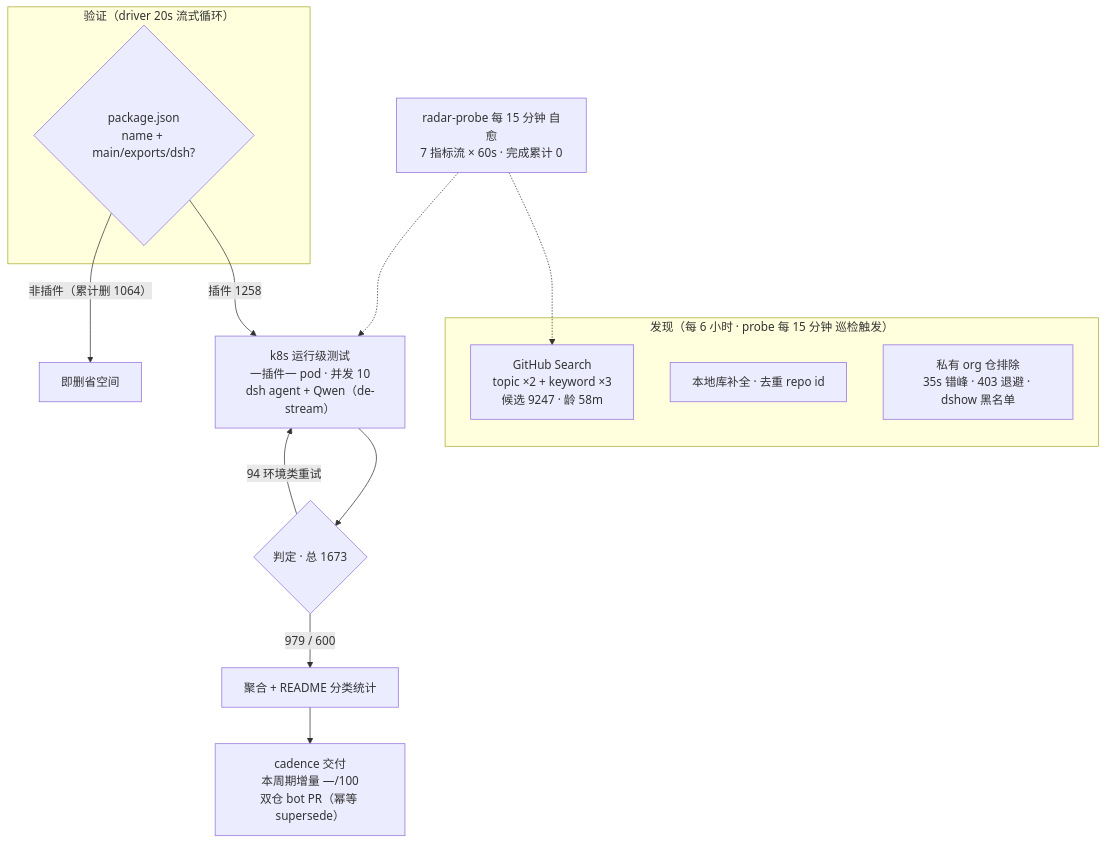
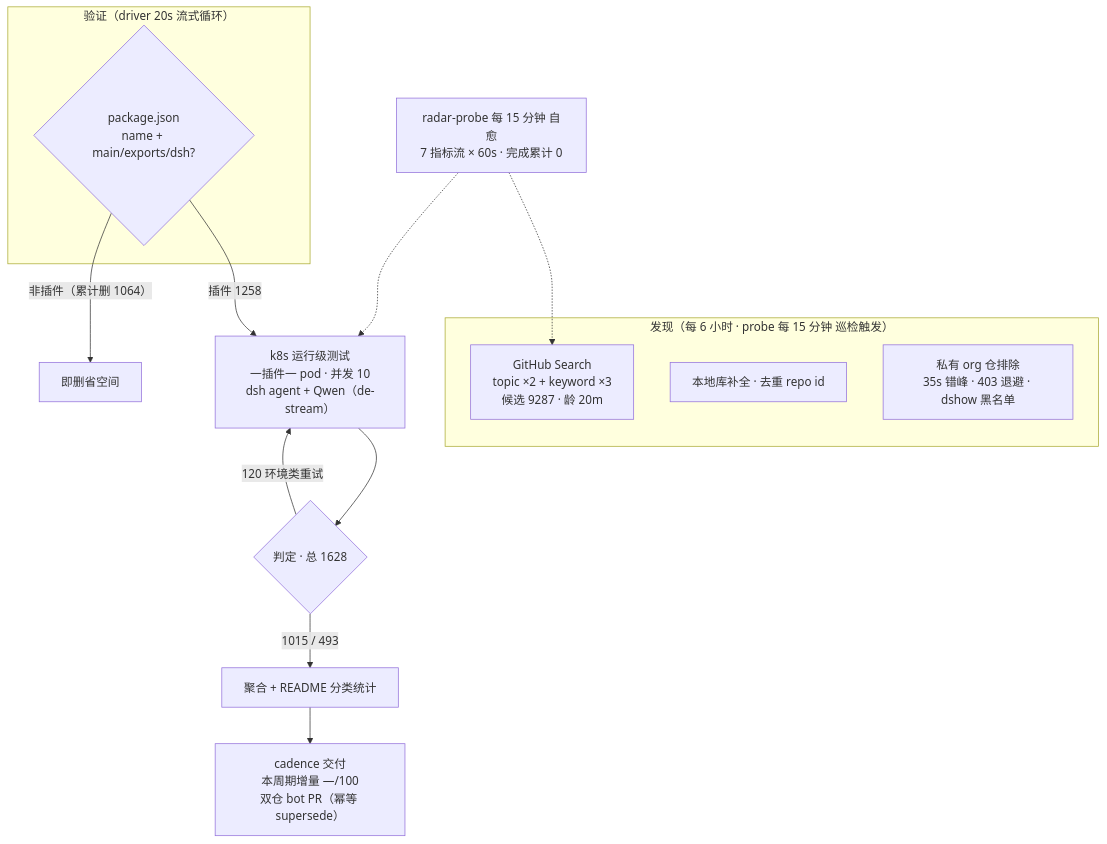
Before and after one commit to Zhidao-Lab-OSS/awesome-dsh-plugins: the diagram in README.md, drawn with Mermaid. The commit also changed other lines of this file and 1 other file, not shown here.

````diff
--- a/README.md
+++ b/README.md
@@ -37,19 +37,19 @@
 ```mermaid
 flowchart TB
     subgraph Discovery[" 发现（每 6 小时 · probe 每 15 分钟 巡检触发）"]
-        A1["GitHub Search<br/>topic ×2 + keyword ×3<br/>候选 9247 · 龄 58m"]
+        A1["GitHub Search<br/>topic ×2 + keyword ×3<br/>候选 9287 · 龄 20m"]
         A2["本地库补全 · 去重 repo id"]
         A3[" 私有 org 仓排除<br/>35s 错峰 · 403 退避 · dshow 黑名单"]
     end
     subgraph Validation[" 验证（driver 20s 流式循环）"]
         B1{"package.json<br/>name + main/exports/dsh?"}
     end
     B1 -->|"插件 1258"| C1["k8s 运行级测试<br/>一插件一 pod · 并发 10<br/>dsh agent + Qwen（de-stream）"]
     B1 -->|"非插件（累计删 1064）"| B3[" 即删省空间"]
-    C1 --> D1{"判定 · 总 1673"}
-    D1 -->|" 979 /  600"| E1["聚合 + README 分类统计"]
-    D1 -->|" 94 环境类重试"| C1
+    C1 --> D1{"判定 · 总 1628"}
+    D1 -->|" 1015 /  493"| E1["聚合 + README 分类统计"]
+    D1 -->|" 120 环境类重试"| C1
     E1 --> E2["cadence 交付<br/>本周期增量 —/100<br/>双仓 bot PR（幂等 supersede）"]
     M[" radar-probe 每 15 分钟 自愈<br/>7 指标流 × 60s · 完成累计 0"] -.-> A1
     M -.-> C1
 ```
````
